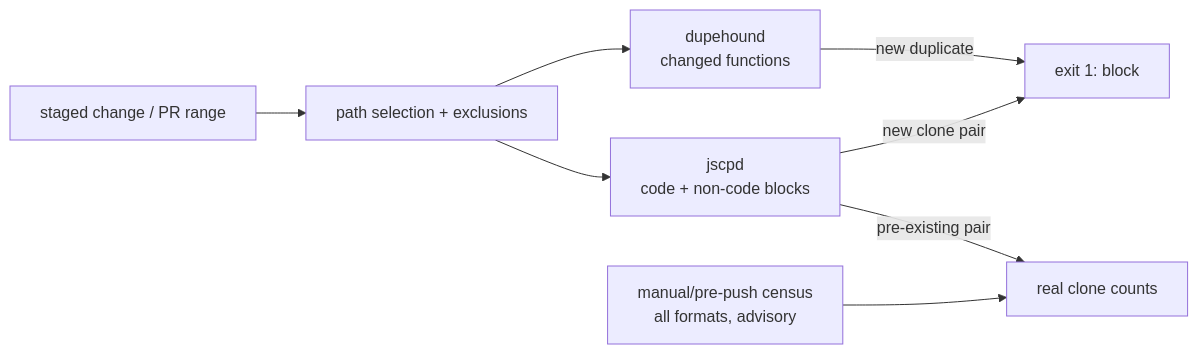
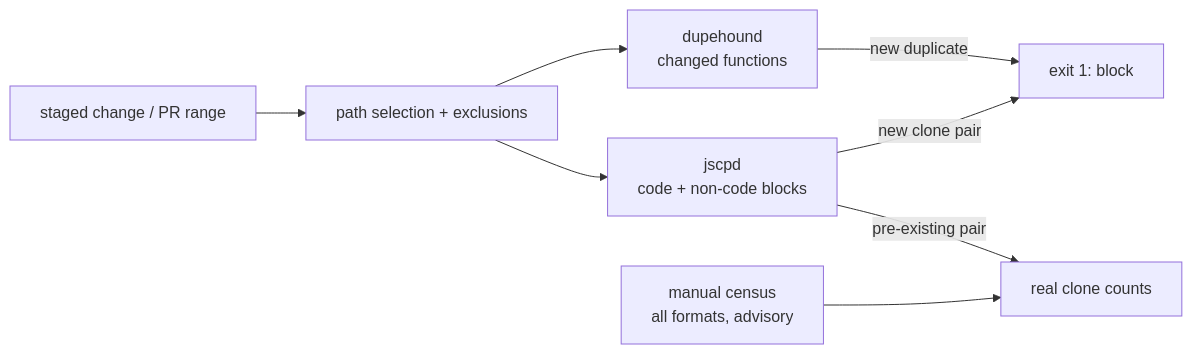
Before and after one commit to Knuckles-Team/agent-utilities: the second of 2 diagrams in docs/architecture/code_intelligence.md, drawn with Mermaid. The commit also changed other lines of this file and 49 other files, not shown here.

````diff
--- a/docs/architecture/code_intelligence.md
+++ b/docs/architecture/code_intelligence.md
@@ -169,10 +168,10 @@
 ```mermaid
 flowchart LR
     Change["staged change / PR range"] --> Select["path selection + exclusions"]
     Select --> Functions["dupehound\nchanged functions"]
     Select --> Blocks["jscpd\ncode + non-code blocks"]
     Functions -->|"new duplicate"| Block["exit 1: block"]
     Blocks -->|"new clone pair"| Block
-    Census["manual/pre-push census\nall formats, advisory"] --> Report["real clone counts"]
+    Census["manual census\nall formats, advisory"] --> Report["real clone counts"]
     Blocks -->|"pre-existing pair"| Report
 ```
````
